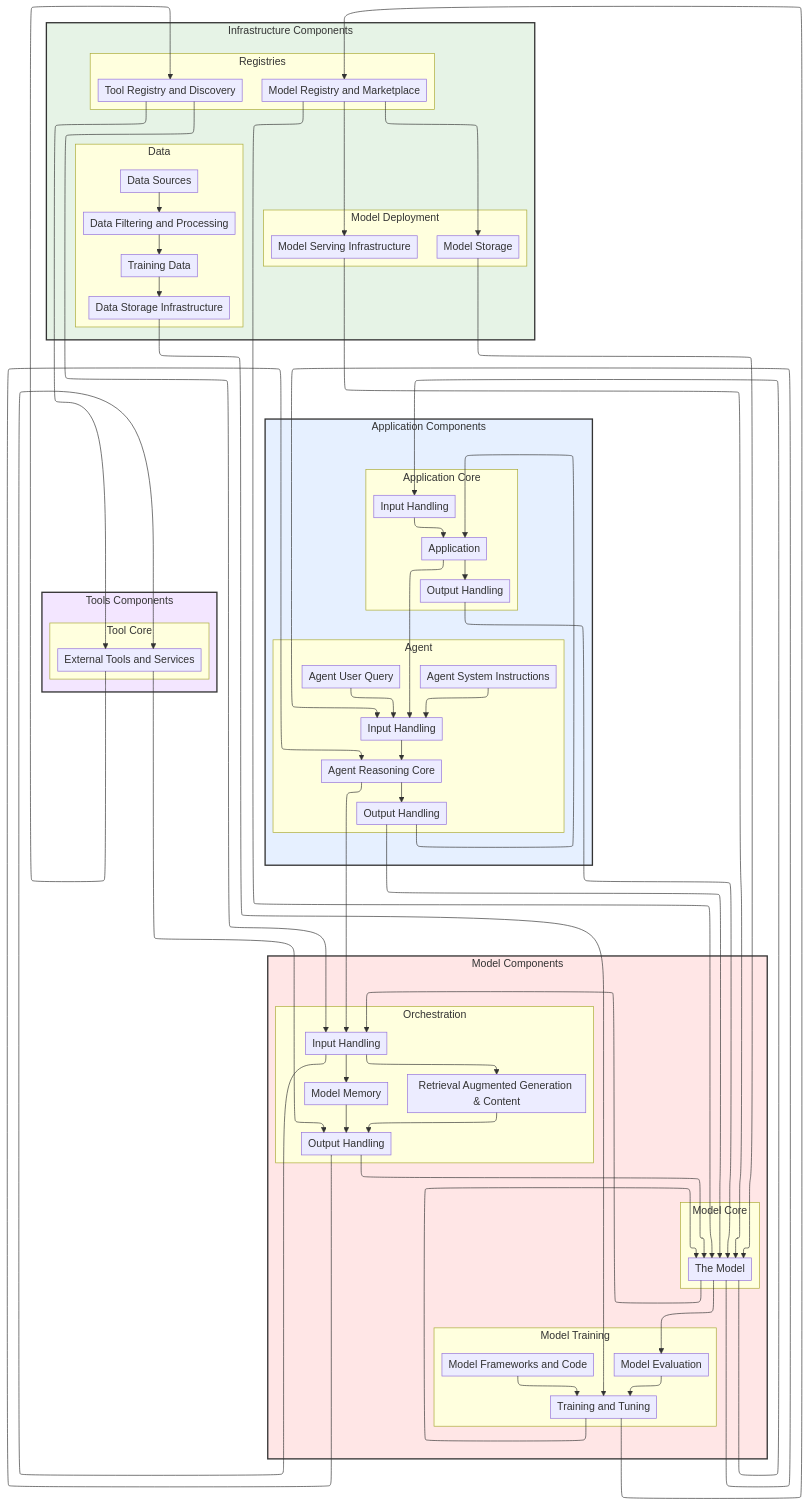
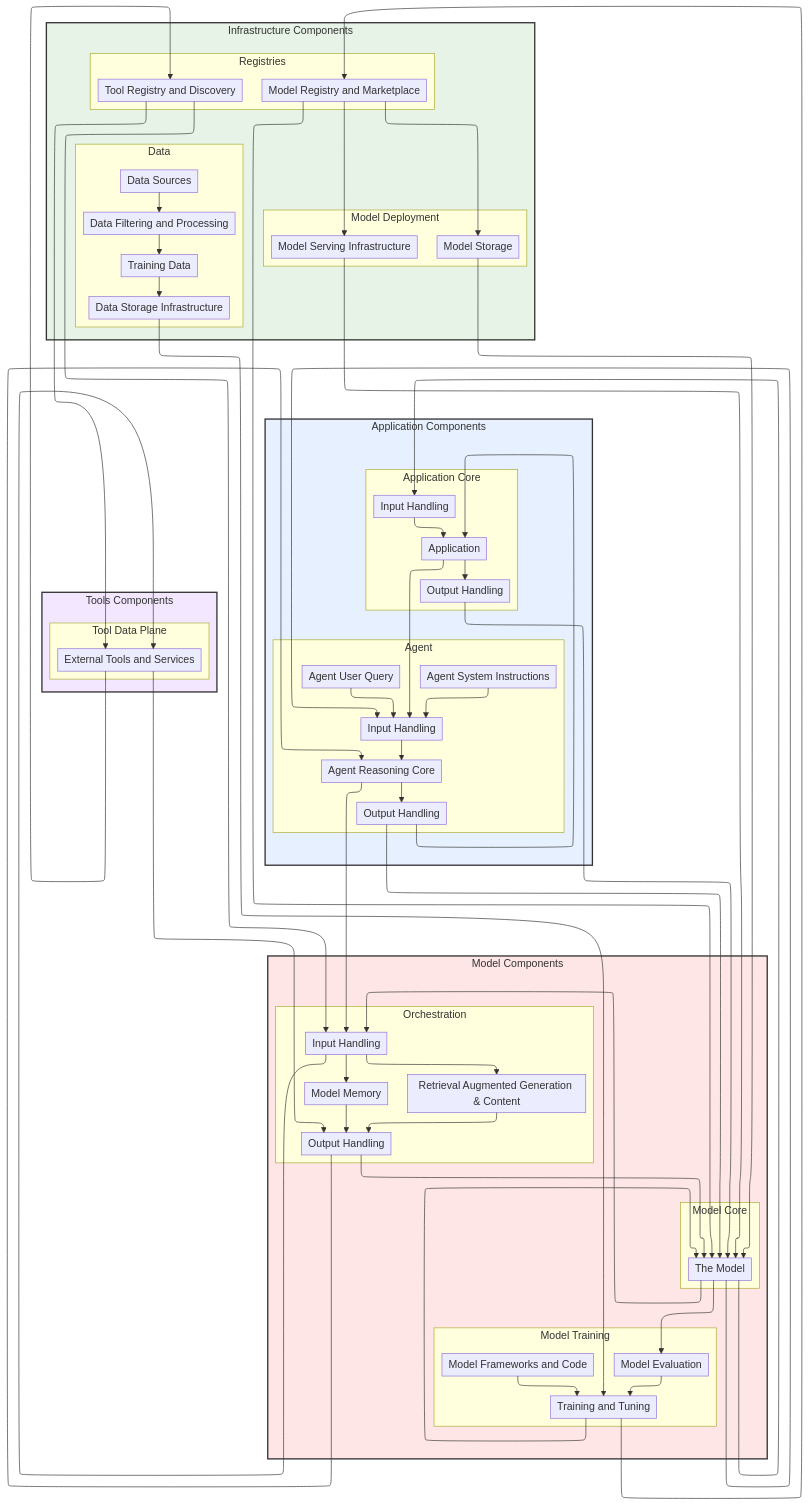
Before and after one commit to davidlabianca/secure-ai-tooling: the diagram in risk-map/diagrams/risk-map-graph.md, drawn with Mermaid. The commit also changed 28 other files, not shown here.

````diff
--- a/risk-map/diagrams/risk-map-graph.md
+++ b/risk-map/diagrams/risk-map-graph.md
@@ -61,8 +61,8 @@
         end
     end
 
-    subgraph componentsTools ["Tools Components"]
-        subgraph componentsToolCore ["Tool Core"]
+    subgraph componentsExternalTools ["Tools Components"]
+        subgraph componentsToolDataPlane ["Tool Data Plane"]
             componentTools[External Tools and Services]
         end
     end
@@ -112,5 +112,5 @@
     style componentsInfrastructure fill:#e6f3e6,stroke:#333333,stroke-width:2px
     style componentsApplication fill:#e6f0ff,stroke:#333333,stroke-width:2px
     style componentsModel fill:#ffe6e6,stroke:#333333,stroke-width:2px
-    style componentsTools fill:#f3e6ff,stroke:#333333,stroke-width:2px
+    style componentsExternalTools fill:#f3e6ff,stroke:#333333,stroke-width:2px
 ```
````
